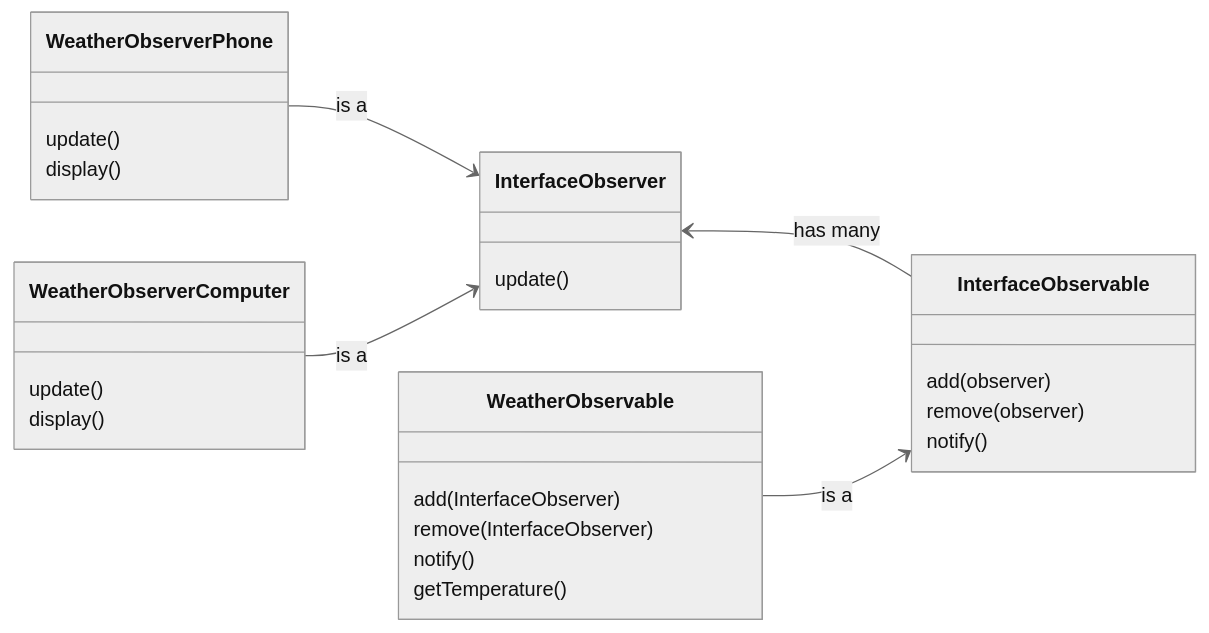
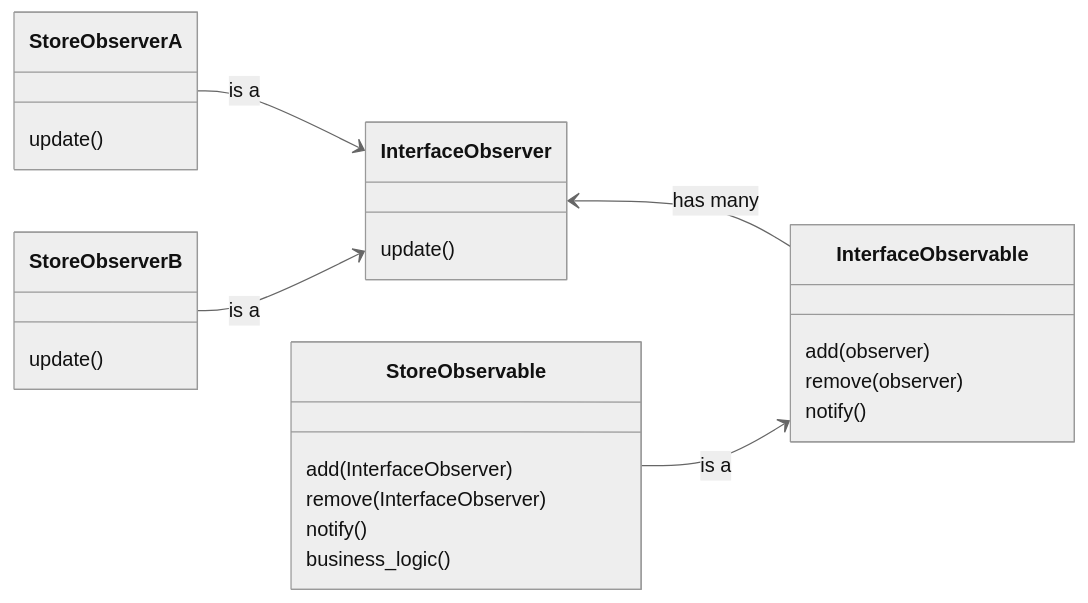
The fifth of 5 diagrams in _posts/computer_science/design_pattern/2022-03-25-observer.md (YCChenVictor/blog-frontend), drawn with Mermaid (neutral theme) before and after one commit. The commit also changed other lines of this file, not shown here.

```diff
--- a/_posts/computer_science/design_pattern/2022-03-25-observer.md
+++ b/_posts/computer_science/design_pattern/2022-03-25-observer.md
@@ -35,26 +77,24 @@
 <div class="mermaid">
 classDiagram
   direction RL
   InterfaceObservable --> InterfaceObserver : has many
 
   InterfaceObservable : add(observer)
   InterfaceObservable : remove(observer)
   InterfaceObservable : notify()
 
   InterfaceObserver : update()
 
-  InterfaceObservable <-- WeatherObservable : is a
-  InterfaceObserver <-- WeatherObserverPhone : is a
-  InterfaceObserver <-- WeatherObserverComputer : is a
+  InterfaceObservable <-- StoreObservable : is a
+  InterfaceObserver <-- StoreObserverA : is a
+  InterfaceObserver <-- StoreObserverB : is a
 
-  WeatherObservable : add(InterfaceObserver)
-  WeatherObservable : remove(InterfaceObserver)
-  WeatherObservable : notify()
-  WeatherObservable : getTemperature()
+  StoreObservable : add(InterfaceObserver)
+  StoreObservable : remove(InterfaceObserver)
+  StoreObservable : notify()
+  StoreObservable : business_logic()
 
-  WeatherObserverPhone : update()
-  WeatherObserverPhone : display()
+  StoreObserverA : update()
 
-  WeatherObserverComputer : update()
-  WeatherObserverComputer : display()
+  StoreObserverB : update()
 </div>
```
